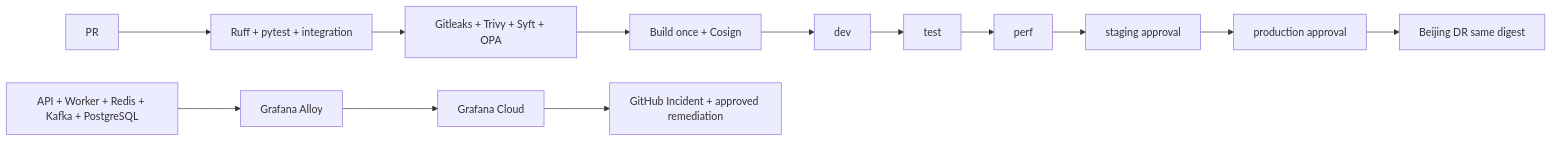
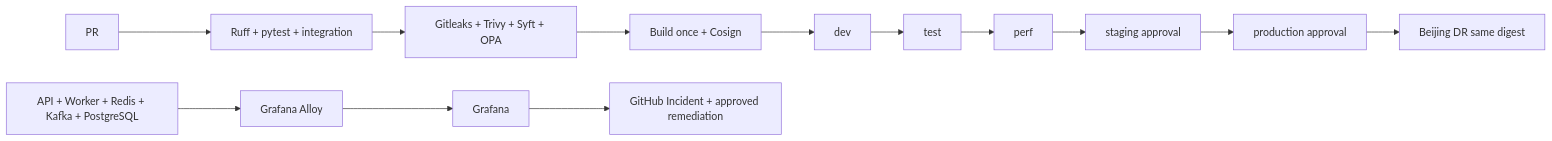
Before and after one commit to xxseehome/distributed-trading-platform: the third of 4 diagrams in docs/architecture.md, drawn with Mermaid. The commit also changed other lines of this file and 97 other files, not shown here.

````diff
--- a/docs/architecture.md
+++ b/docs/architecture.md
@@ -70,10 +71,10 @@
 ```mermaid
 flowchart LR
     PR["PR"] --> TEST["Ruff + pytest + integration"]
     TEST --> SEC["Gitleaks + Trivy + Syft + OPA"]
     SEC --> BUILD["Build once + Cosign"]
     BUILD --> DEV["dev"] --> TESTENV["test"] --> PERF["perf"] --> STAGE["staging approval"] --> PROD["production approval"]
     PROD --> DR["Beijing DR same digest"]
-    APP["API + Worker + Redis + Kafka + PostgreSQL"] --> ALLOY["Grafana Alloy"] --> GRAFANA["Grafana Cloud"]
+    APP["API + Worker + Redis + Kafka + PostgreSQL"] --> ALLOY["Grafana Alloy"] --> GRAFANA["Grafana"]
     GRAFANA --> INCIDENT["GitHub Incident + approved remediation"]
 ```
````
